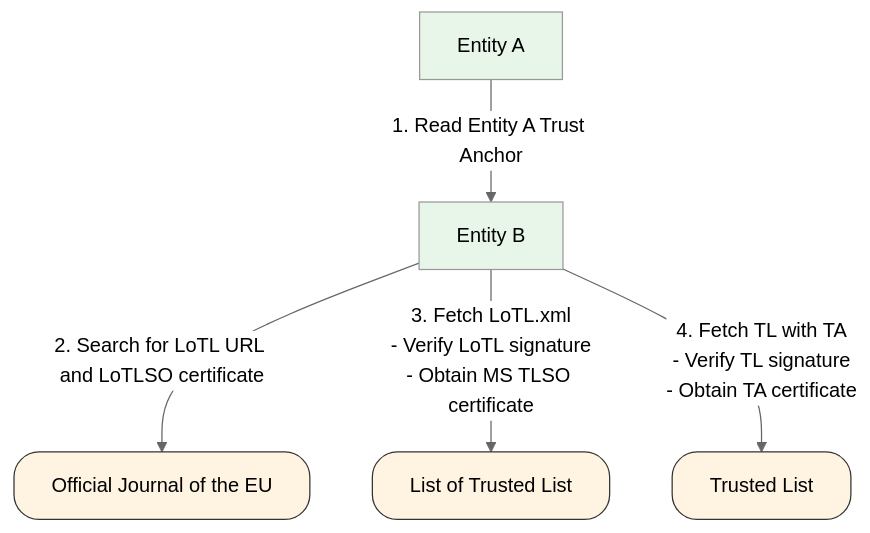
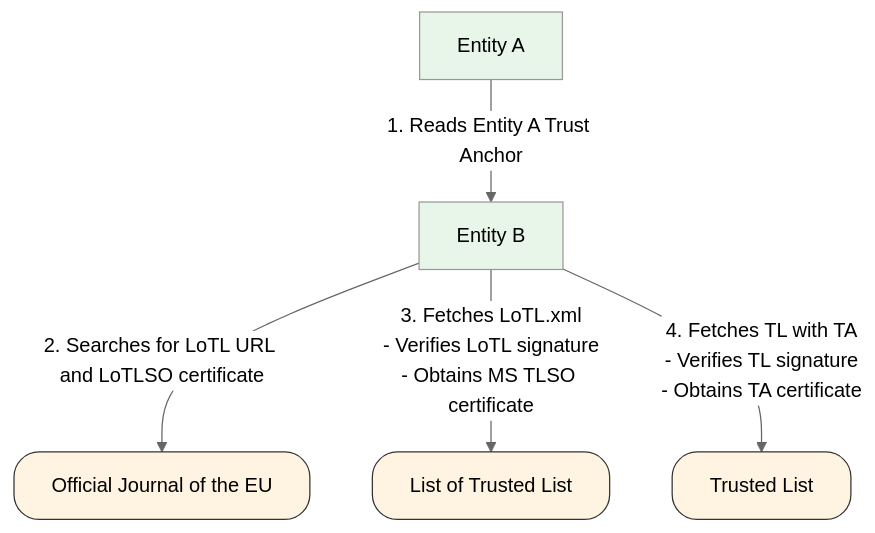
One commit to APTITUDE-Consortium/wp2-trust-specifications changed the third of 3 diagrams in topics/trust-architecture.md. Above: the diagram before and after it, drawn with Mermaid (neutral theme). The commit also changed other lines of this file, not shown here.

````diff
--- a/topics/trust-architecture.md
+++ b/topics/trust-architecture.md
@@ -169,20 +169,20 @@
 ```mermaid
 graph TB
     A["Entity A"]
     B["Entity B"]
     LoTL["List of Trusted List"]
     OJEU["Official Journal of the EU"]
     TL["Trusted List"]
 
     style TL fill:#fff4e1,stroke:#333,stroke-width:1px,rx:20,ry:20
     style OJEU fill:#fff4e1,stroke:#333,stroke-width:1px,rx:20,ry:20
     style LoTL fill:#fff4e1,stroke:#333,stroke-width:1px,rx:20,ry:20
     style A fill:#e8f5e9
     style B fill:#e8f5e9
     
     %% Trust Evaluation Flow
-    A -->|1. Read Entity A Trust Anchor| B
-    B -->|2. Search for LoTL URL and LoTLSO certificate| OJEU
-    B -->|3. Fetch LoTL.xml<br>- Verify LoTL signature</br>- Obtain MS TLSO certificate| LoTL
-    B -->|4. Fetch TL with TA</br>- Verify TL signature<br>- Obtain TA certificate| TL
+    A -->|1. Reads Entity A Trust Anchor| B
+    B -->|2. Searches for LoTL URL and LoTLSO certificate| OJEU
+    B -->|3. Fetches LoTL.xml<br>- Verifies LoTL signature</br>- Obtains MS TLSO certificate| LoTL
+    B -->|4. Fetches TL with TA</br>- Verifies TL signature<br>- Obtains TA certificate| TL
 ```
````
